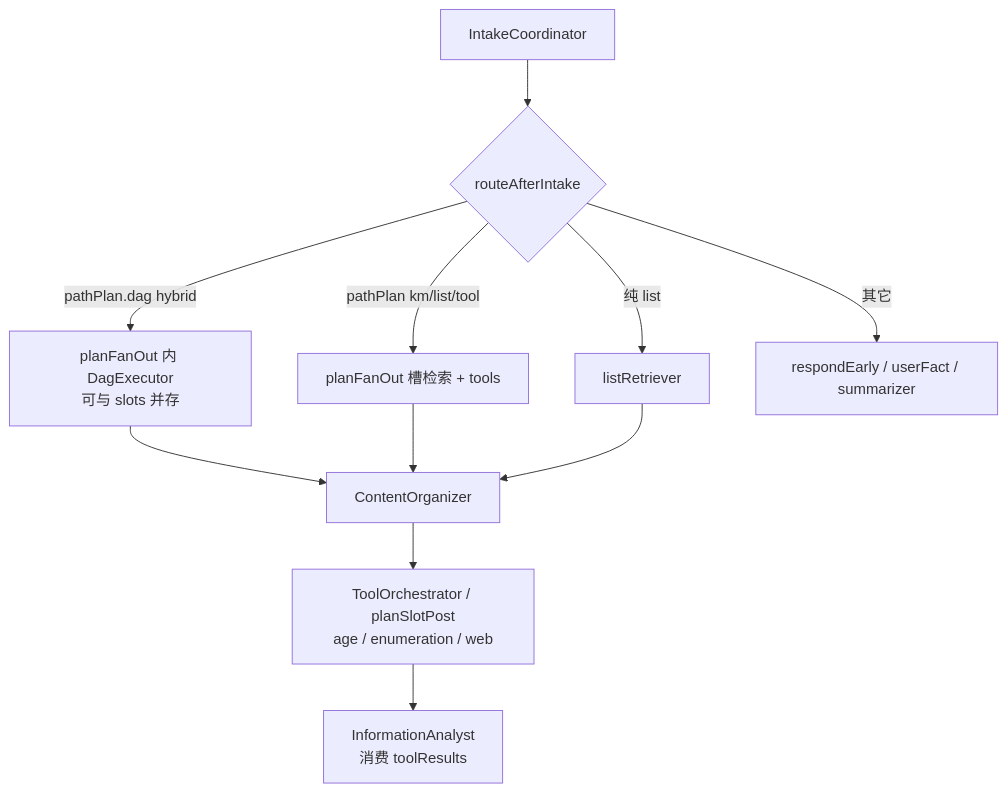
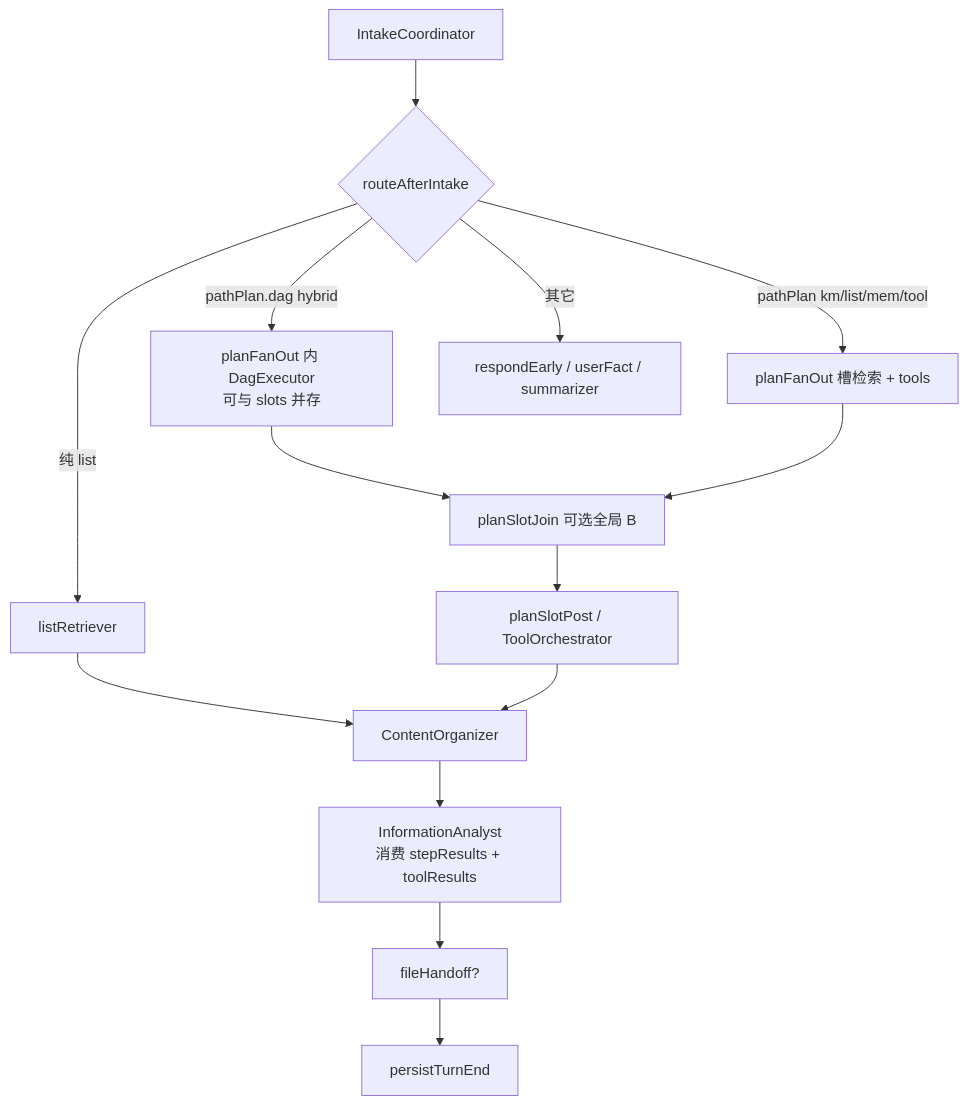
One commit to panzhanfei/agent changed the first of 4 diagrams in docs/05-architecture-v2-tool-orchestration.md. Above: the diagram before and after it, drawn with Mermaid. The commit also changed other lines of this file and 11 other files, not shown here.

````diff
--- a/docs/05-architecture-v2-tool-orchestration.md
+++ b/docs/05-architecture-v2-tool-orchestration.md
@@ -51,15 +51,18 @@
 ```mermaid
 flowchart TD
   IC[IntakeCoordinator] --> R{routeAfterIntake}
 
   R -->|pathPlan.dag hybrid| DAG[planFanOut 内 DagExecutor<br/>可与 slots 并存]
-  R -->|pathPlan km/list/tool| PE[planFanOut 槽检索 + tools]
+  R -->|pathPlan km/list/mem/tool| PE[planFanOut 槽检索 + tools]
   R -->|纯 list| LIST[listRetriever]
   R -->|其它| EARLY[respondEarly / userFact / summarizer]
 
-  DAG --> CO[ContentOrganizer]
-  PE --> CO
-  LIST --> CO
-  CO --> TO[ToolOrchestrator / planSlotPost<br/>age / enumeration / web]
-  TO --> IA[InformationAnalyst<br/>消费 toolResults]
+  DAG --> JOIN[planSlotJoin 可选全局 B]
+  PE --> JOIN
+  LIST --> CO[ContentOrganizer]
+  JOIN --> POST[planSlotPost / ToolOrchestrator]
+  POST --> CO
+  CO --> IA[InformationAnalyst<br/>消费 stepResults + toolResults]
+  IA --> FH[fileHandoff?]
+  FH --> PST[persistTurnEnd]
 ```
````
